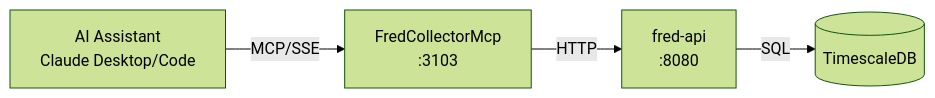
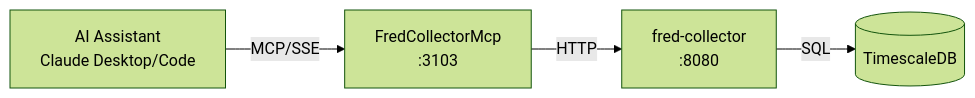
One commit to jpansarasa/ATLAS-Docs changed the diagram in FredCollector/mcp/README.md. Above: the diagram before and after it, drawn with Mermaid (forest theme). The commit also changed other lines of this file and 28 other files, not shown here.

````diff
--- a/FredCollector/mcp/README.md
+++ b/FredCollector/mcp/README.md
@@ -11,6 +11,6 @@
 ```mermaid
 flowchart LR
     AI[AI Assistant<br/>Claude Desktop/Code] -->|MCP/SSE| MCP[FredCollectorMcp<br/>:3103]
-    MCP -->|HTTP| API[fred-api<br/>:8080]
+    MCP -->|HTTP| API[fred-collector<br/>:8080]
     API -->|SQL| DB[(TimescaleDB)]
 ```
````
